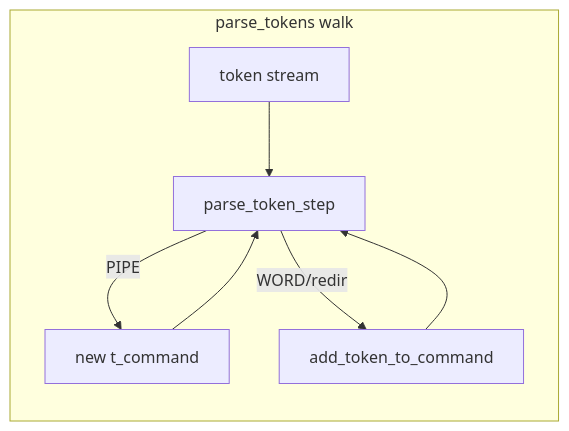
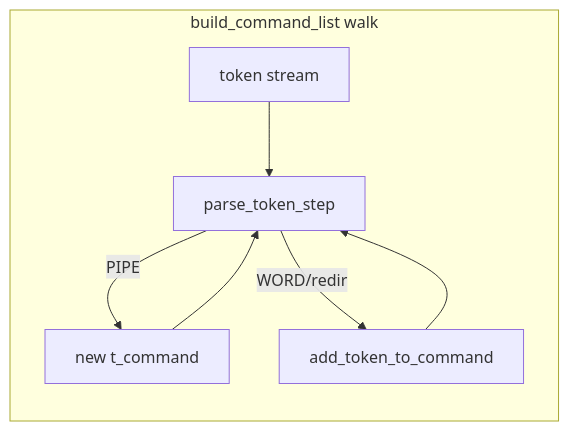
One commit to gkhavari/minishell changed the ninth of 14 diagrams in docs/MINISHELL_ARCHITECTURE.md. Above: the diagram before and after it, drawn with Mermaid. The commit also changed other lines of this file and 22 other files, not shown here.

````diff
--- a/docs/MINISHELL_ARCHITECTURE.md
+++ b/docs/MINISHELL_ARCHITECTURE.md
@@ -655,10 +657,10 @@
 ```mermaid
 flowchart LR
-    subgraph walk["parse_tokens walk"]
+    subgraph walk["build_command_list walk"]
         TK[token stream] --> STEP[parse_token_step]
         STEP -->|PIPE| NC[new t_command]
         STEP -->|WORD/redir| ADD[add_token_to_command]
     end
     NC --> STEP
     ADD --> STEP
 ```
````
